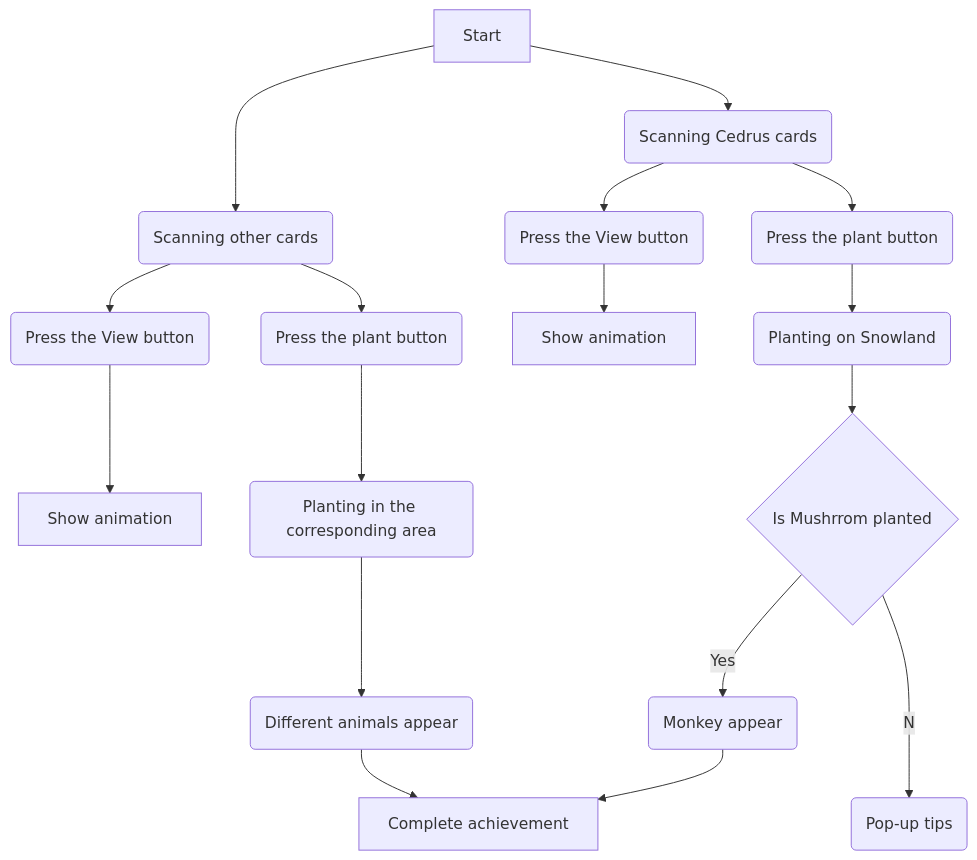
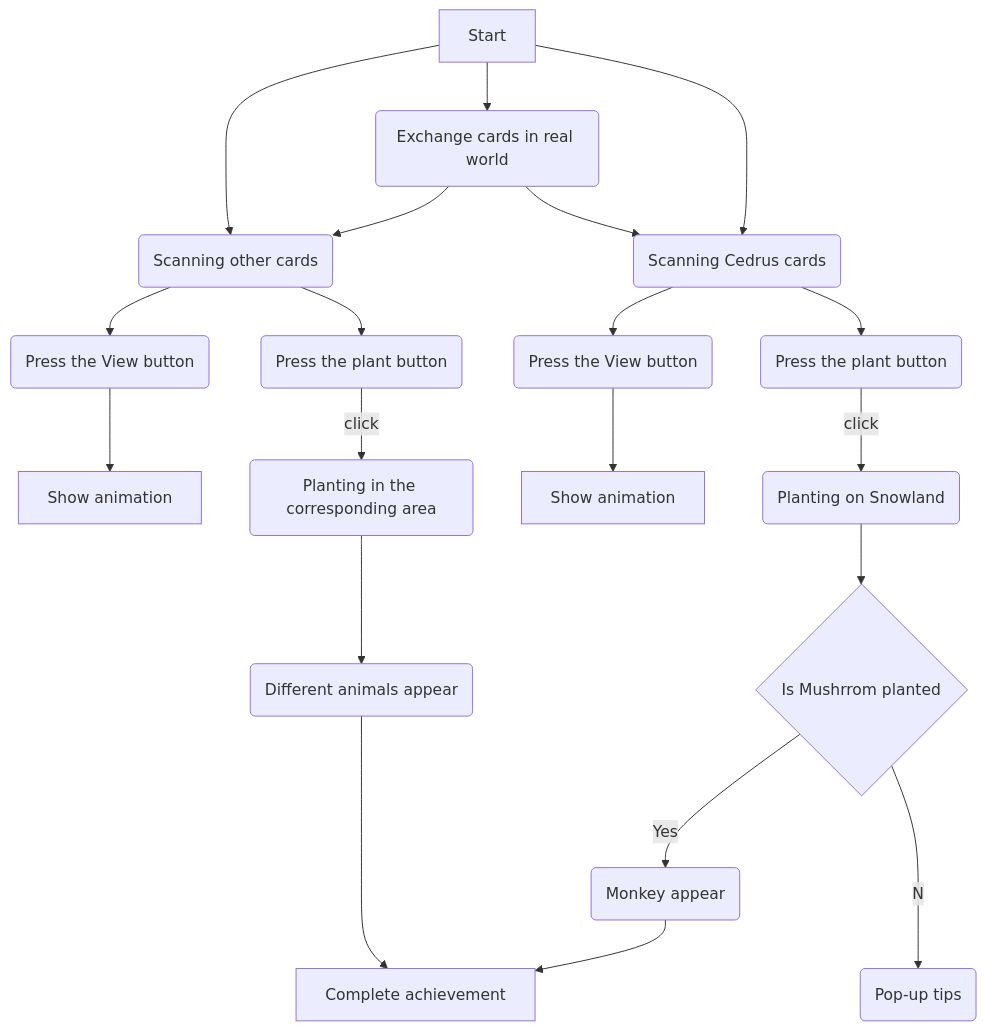
The diagram in README.md (zhangxiangna/CreativeMakingFinalProject), drawn with Mermaid before and after one commit. The commit also changed other lines of this file, not shown here.

Commit message:
README.md

````diff
--- a/README.md
+++ b/README.md
@@ -17,19 +17,22 @@
 ```mermaid
 flowchart  TD;
     A[Start] --> B(Scanning other cards)
+    A -->S(Exchange cards in real world)
+    S -->B 
+    S -->E 
     B --> D(Press the View button)
     A -->E(Scanning Cedrus cards)
     B -->G(Press the plant button)
-    G -->C(Planting in the corresponding area)
+    G --click-->C(Planting in the corresponding area)
     C -->H(Different animals appear)
     E -->J(Press the View button)
     J -->Q[Show animation]
     D -->R[Show animation]
     E -->K(Press the plant button)
-    K -->N(Planting on Snowland)
+    K --click-->N(Planting on Snowland)
     N -->L{Is Mushrrom planted}
     L --Yes-->M(Monkey appear)
     L --No-->O(Pop-up tips)
     M -->P[Complete achievement]
     H -->P
 ```
````
